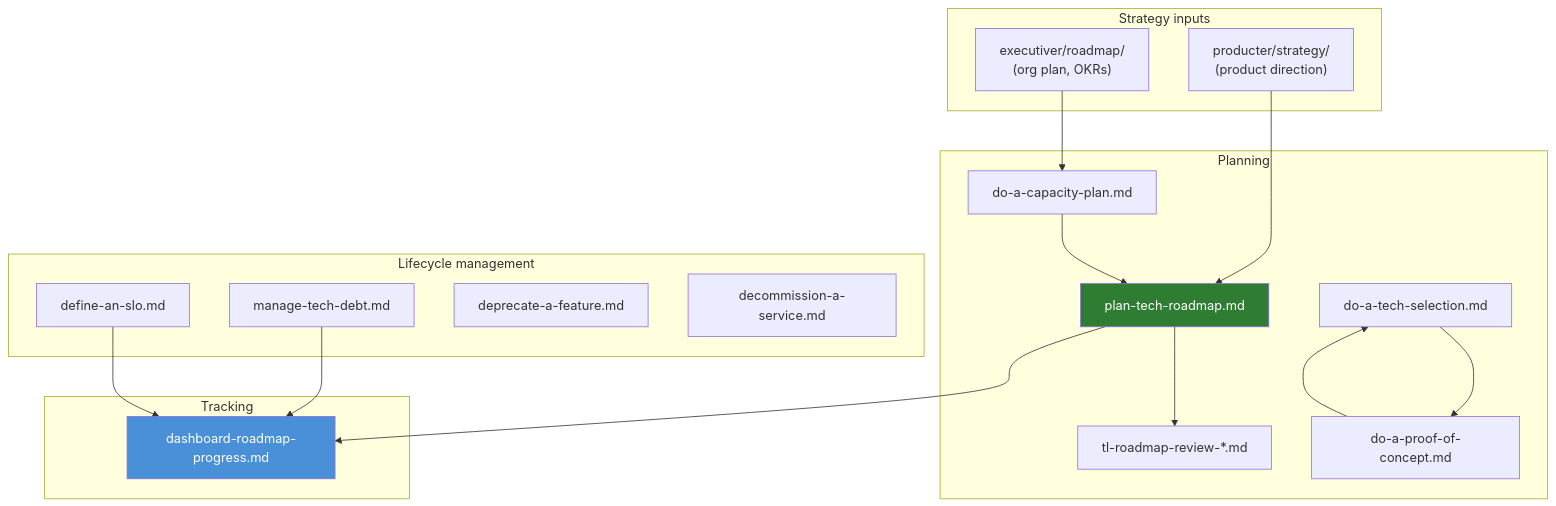
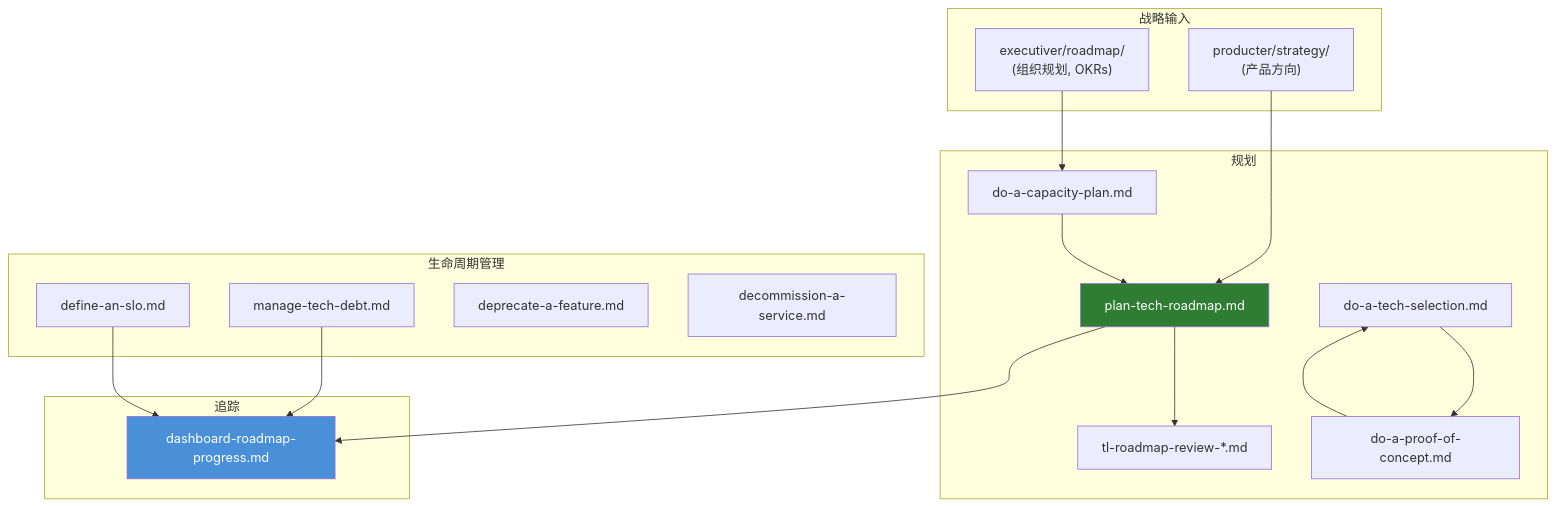
One commit to effiy/YrY changed the diagram in YiKnowledge/leader/roadmap/README.md. Above: the diagram before and after it, drawn with Mermaid. The commit also changed other lines of this file and 7735 other files, not shown here.

````diff
--- a/YiKnowledge/leader/roadmap/README.md
+++ b/YiKnowledge/leader/roadmap/README.md
@@ -108,39 +108,39 @@
 ```mermaid
 flowchart TD
-    subgraph Strategy["Strategy inputs"]
-        ER["executiver/roadmap/\n(org plan, OKRs)"]
-        PS["producter/strategy/\n(product direction)"]
+    subgraph Strategy["战略输入"]
+        ER["executiver/roadmap/\n(组织规划, OKRs)"]
+        PS["producter/strategy/\n(产品方向)"]
     end
 
-    subgraph Planning["Planning"]
+    subgraph Planning["规划"]
         CP["do-a-capacity-plan.md"]
         PTR["plan-tech-roadmap.md"]
         TLR["tl-roadmap-review-*.md"]
         TS["do-a-tech-selection.md"]
         POC["do-a-proof-of-concept.md"]
     end
 
-    subgraph Lifecycle["Lifecycle management"]
+    subgraph Lifecycle["生命周期管理"]
         MTD["manage-tech-debt.md"]
         SLO["define-an-slo.md"]
         DEP["deprecate-a-feature.md"]
         DECOM["decommission-a-service.md"]
     end
 
-    subgraph Tracking["Tracking"]
+    subgraph Tracking["追踪"]
         DASH["dashboard-roadmap-progress.md"]
     end
 
     ER --> CP
     PS --> PTR
     CP --> PTR
     PTR --> TLR
     TS --> POC
     POC --> TS
     PTR --> DASH
     MTD --> DASH
     SLO --> DASH
 
     style PTR fill:#2e7d32,color:#fff
     style DASH fill:#4a90d9,color:#fff
 ```
````
